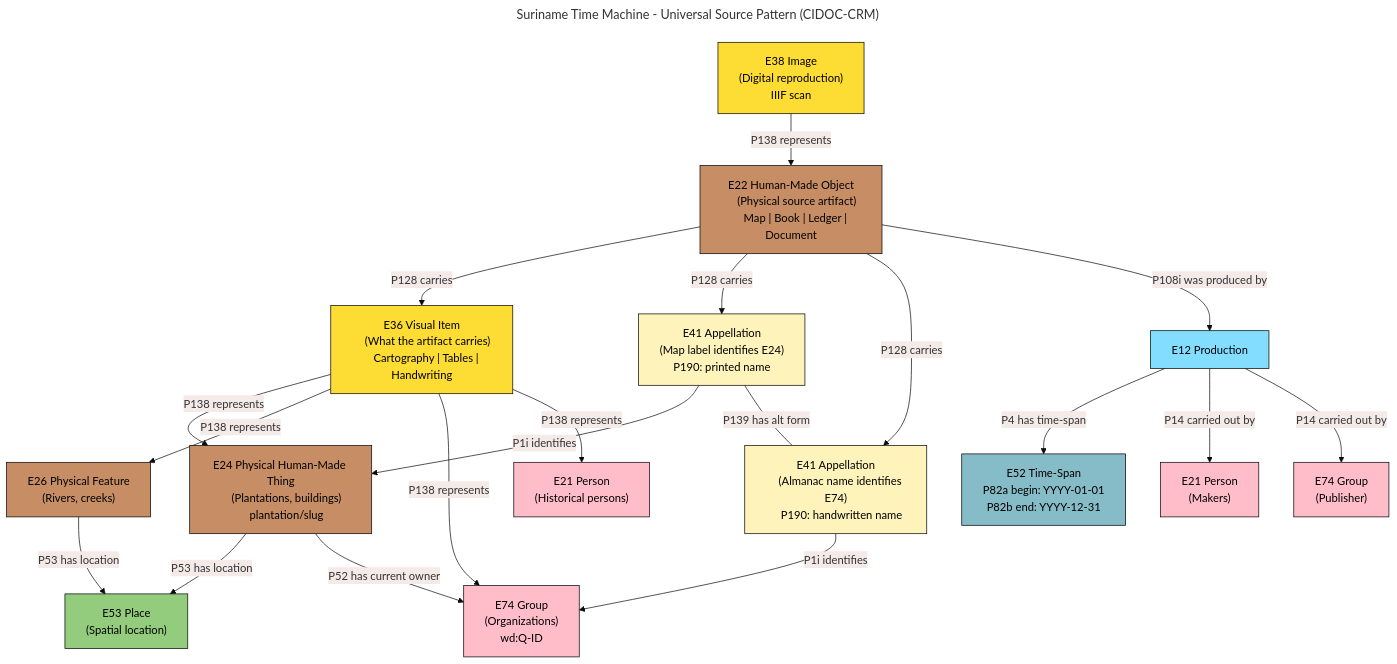
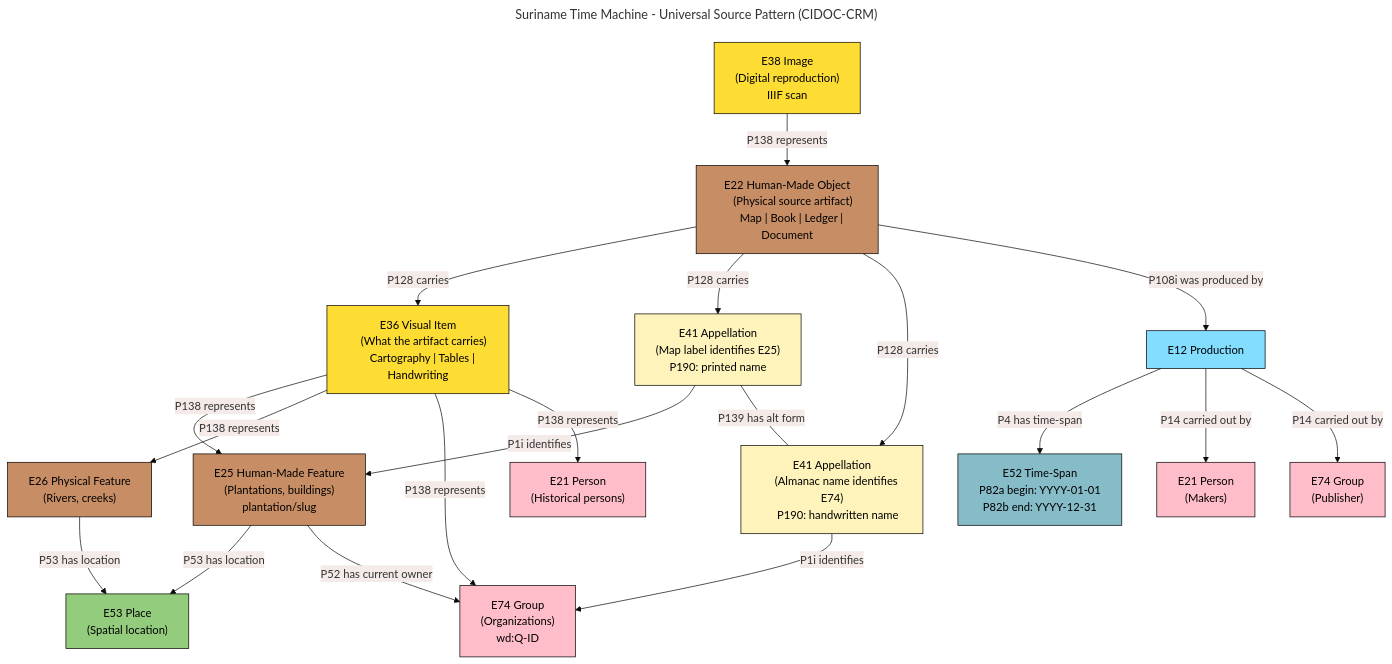
One commit to jonaschlegel/suriname-database-model changed the diagram in docs/models/universal-source-pattern.mmd. Above: the diagram before and after it, drawn with Mermaid. The commit also changed 41 other files, not shown here.

```diff
--- a/docs/models/universal-source-pattern.mmd
+++ b/docs/models/universal-source-pattern.mmd
@@ -1,127 +1,127 @@
 ---
 title: Suriname Time Machine - Universal Source Pattern (CIDOC-CRM)
 ---
 %%{init: {'theme': 'base', 'themeVariables': { 'primaryColor': '#e8f4ea'}}}%%
 flowchart TB
     %% =============================================================
     %% UNIVERSAL SOURCE PATTERN
     %% Applies to: Maps, Almanacs, Slave Registers, Certificates
     %% =============================================================
 
     E22["E22 Human-Made Object
     (Physical source artifact)
     Map | Book | Ledger | Document"]
 
     E38["E38 Image
     (Digital reproduction)
     IIIF scan"]
 
     E36["E36 Visual Item
     (What the artifact carries)
     Cartography | Tables | Handwriting"]
 
     E41_MAP["E41 Appellation
-    (Map label identifies E24)
+    (Map label identifies E25)
     P190: printed name"]
 
     E41_ALM["E41 Appellation
     (Almanac name identifies E74)
     P190: handwritten name"]
 
     E12["E12 Production"]
 
     E52["E52 Time-Span
     P82a begin: YYYY-01-01
     P82b end: YYYY-12-31"]
 
     E21["E21 Person
     (Makers)"]
 
     E74_PUB["E74 Group
     (Publisher)"]
 
     %% =============================================================
     %% WHAT THE SOURCE REPRESENTS (varies by source type)
     %% =============================================================
 
-    E24["E24 Physical Human-Made Thing
+    E25["E25 Human-Made Feature
     (Plantations, buildings)
     plantation/slug"]
 
     E26["E26 Physical Feature
     (Rivers, creeks)"]
 
     E74_ORG["E74 Group
     (Organizations)
     wd:Q-ID"]
 
     E21_PERSON["E21 Person
     (Historical persons)"]
 
     E53["E53 Place
     (Spatial location)"]
 
     %% =============================================================
     %% RELATIONSHIPS
     %% =============================================================
 
     %% Physical artifact carries visual content AND names
     E22 -->|"P128 carries"| E36
     E22 -->|"P128 carries"| E41_MAP
     E22 -->|"P128 carries"| E41_ALM
 
     %% Digital scan represents physical (P138)
     E38 -->|"P138 represents"| E22
 
     %% Production with time-span (gives temporal scope to names)
     E22 -->|"P108i was produced by"| E12
     E12 -->|"P4 has time-span"| E52
     E12 -->|"P14 carried out by"| E21
     E12 -->|"P14 carried out by"| E74_PUB
 
     %% Visual represents different things depending on source type
-    E36 -->|"P138 represents"| E24
+    E36 -->|"P138 represents"| E25
     E36 -->|"P138 represents"| E26
     E36 -->|"P138 represents"| E74_ORG
     E36 -->|"P138 represents"| E21_PERSON
 
     %% Names identify DIFFERENT entity types depending on source
-    E41_MAP -->|"P1i identifies"| E24
+    E41_MAP -->|"P1i identifies"| E25
     E41_ALM -->|"P1i identifies"| E74_ORG
     E41_MAP ---|"P139 has alt form"| E41_ALM
 
     %% Things/features have locations
-    E24 -->|"P53 has location"| E53
+    E25 -->|"P53 has location"| E53
     E26 -->|"P53 has location"| E53
 
     %% Plantation owned by organization (separate entities)
-    E24 -->|"P52 has current owner"| E74_ORG
+    E25 -->|"P52 has current owner"| E74_ORG
 
     %% =============================================================
     %% STYLING
     %% =============================================================
 
     %% CRITERIA / George Bruseker CIDOC-CRM colour scheme
     %% See: https://github.com/chin-rcip/CRITERIA
 
     classDef crm_E18_Physical_Thing fill:#c78e66,stroke:#000000,color:#000000
     classDef crm_E28_Conceptual_Object fill:#fddc34,stroke:#000000,color:#000000
     classDef crm_E41_Appellation fill:#fef3ba,stroke:#000000,color:#000000
     classDef crm_E53_Place fill:#94cc7d,stroke:#000000,color:#000000
     classDef crm_E39_Actor fill:#ffbdca,stroke:#000000,color:#000000
     classDef crm_E2_Temporal_Entity fill:#82ddff,stroke:#000000,color:#000000
     classDef crm_E52_Time_Span fill:#86bcc8,stroke:#000000,color:#000000
 
     class E22 crm_E18_Physical_Thing
     class E38 crm_E28_Conceptual_Object
     class E36 crm_E28_Conceptual_Object
     class E41_MAP crm_E41_Appellation
     class E41_ALM crm_E41_Appellation
-    class E24 crm_E18_Physical_Thing
+    class E25 crm_E18_Physical_Thing
     class E53 crm_E53_Place
     class E26 crm_E18_Physical_Thing
     class E74_ORG crm_E39_Actor
     class E74_PUB crm_E39_Actor
     class E21,E21_PERSON crm_E39_Actor
     class E12 crm_E2_Temporal_Entity
     class E52 crm_E52_Time_Span
```
